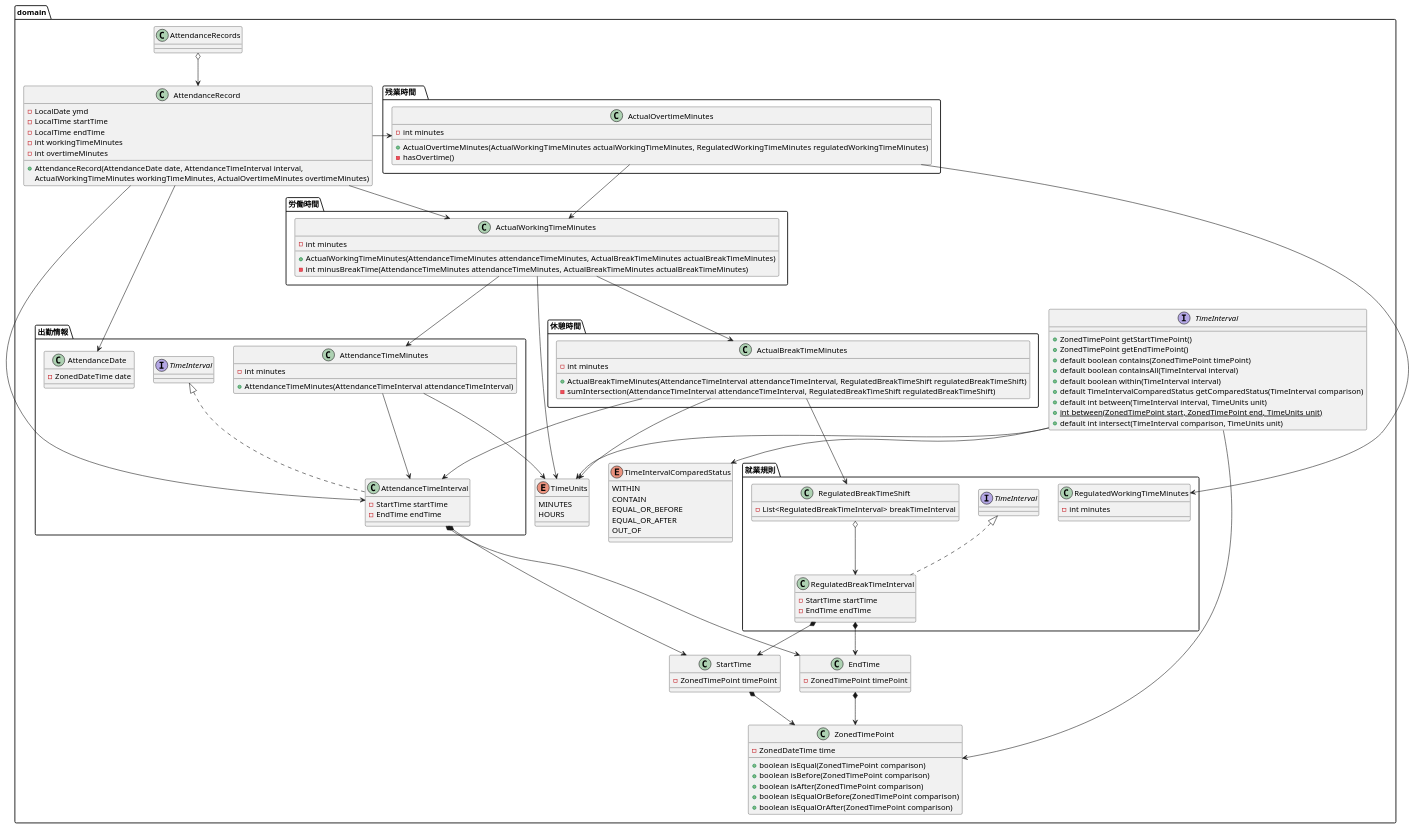
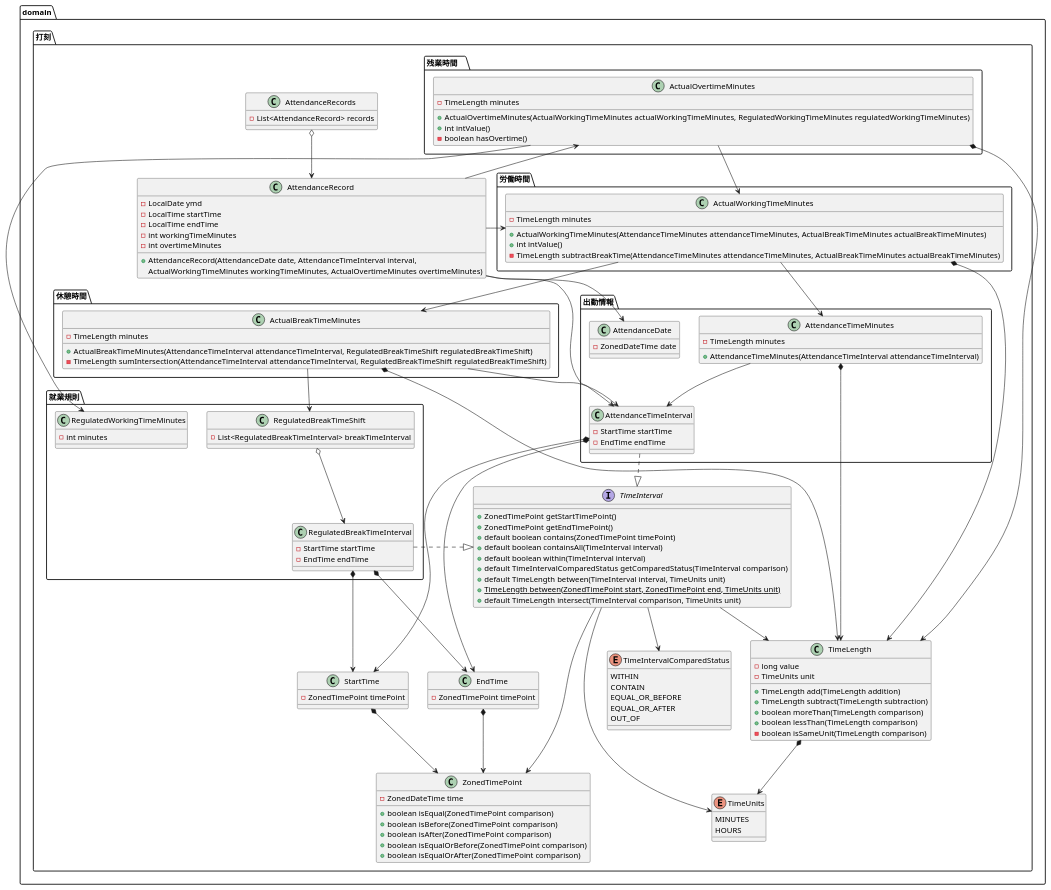
Before and after one commit to biglobe-isp/kintai: the diagram in etc/design/model.puml, drawn with PlantUML.

Commit message:
docs: add package, add class "TimeLength"

```diff
--- a/etc/design/model.puml
+++ b/etc/design/model.puml
@@ -1,136 +1,182 @@
 @startuml
 
 package domain {
-    class ZonedTimePoint {
-        - ZonedDateTime time
-        + boolean isEqual(ZonedTimePoint comparison) 
-        + boolean isBefore(ZonedTimePoint comparison) 
-        + boolean isAfter(ZonedTimePoint comparison) 
-        + boolean isEqualOrBefore(ZonedTimePoint comparison) 
-        + boolean isEqualOrAfter(ZonedTimePoint comparison) 
-    }
-    class StartTime {
-        - ZonedTimePoint timePoint
-    }
-    class EndTime {
-        - ZonedTimePoint timePoint
-    }
-    StartTime *--> ZonedTimePoint
-    EndTime *--> ZonedTimePoint
-    
-    interface TimeInterval {
-        + ZonedTimePoint getStartTimePoint()
-        + ZonedTimePoint getEndTimePoint()
-        + default boolean contains(ZonedTimePoint timePoint)
-        + default boolean containsAll(TimeInterval interval)
-        + default boolean within(TimeInterval interval)
-        + default TimeIntervalComparedStatus getComparedStatus(TimeInterval comparison)
-        + default int between(TimeInterval interval, TimeUnits unit)
-        + {static} int between(ZonedTimePoint start, ZonedTimePoint end, TimeUnits unit)
-        + default int intersect(TimeInterval comparison, TimeUnits unit)
-    }
+    package 打刻 {
+        class AttendanceRecord {
+            - LocalDate ymd
+            - LocalTime startTime
+            - LocalTime endTime
+            - int workingTimeMinutes
+            - int overtimeMinutes
+            + AttendanceRecord(AttendanceDate date, AttendanceTimeInterval interval,
+                                    ActualWorkingTimeMinutes workingTimeMinutes, ActualOvertimeMinutes overtimeMinutes)
+        }
 
-    package 出勤情報 {
-        class AttendanceDate {
-            - ZonedDateTime date
+        class AttendanceRecords {
+            - List<AttendanceRecord> records
         }
-        class AttendanceTimeInterval implements TimeInterval {
-            - StartTime startTime
-            - EndTime endTime
-        } 
-        class AttendanceTimeMinutes {
-            - int minutes
-            + AttendanceTimeMinutes(AttendanceTimeInterval attendanceTimeInterval)
-        } 
+
+        package 出勤情報 {
+            class AttendanceDate {
+                - ZonedDateTime date
+            }
+            class AttendanceTimeInterval {
+                - StartTime startTime
+                - EndTime endTime
+            } 
+            class AttendanceTimeMinutes {
+                - TimeLength minutes
+                + AttendanceTimeMinutes(AttendanceTimeInterval attendanceTimeInterval)
+            }       
+        }
+
+        package 残業時間　{
+            class ActualOvertimeMinutes {
+                - TimeLength minutes
+                + ActualOvertimeMinutes(ActualWorkingTimeMinutes actualWorkingTimeMinutes, RegulatedWorkingTimeMinutes regulatedWorkingTimeMinutes)
+                + int intValue()
+                - boolean hasOvertime()
+
+            }
+        }
+        package 労働時間 {
+            class ActualWorkingTimeMinutes {
+                - TimeLength minutes
+                + ActualWorkingTimeMinutes(AttendanceTimeMinutes attendanceTimeMinutes, ActualBreakTimeMinutes actualBreakTimeMinutes)
+                + int intValue()
+                - TimeLength subtractBreakTime(AttendanceTimeMinutes attendanceTimeMinutes, ActualBreakTimeMinutes actualBreakTimeMinutes)
+            }
+        }
+        package 休憩時間 {
+            class ActualBreakTimeMinutes {
+                - TimeLength minutes
+                + ActualBreakTimeMinutes(AttendanceTimeInterval attendanceTimeInterval, RegulatedBreakTimeShift regulatedBreakTimeShift)
+                - TimeLength sumIntersection(AttendanceTimeInterval attendanceTimeInterval, RegulatedBreakTimeShift regulatedBreakTimeShift)
+            }
+        }
+
+        package 就業規則 {
+            class RegulatedWorkingTimeMinutes {
+                - int minutes
+            }
+            class RegulatedBreakTimeInterval {
+                - StartTime startTime
+                - EndTime endTime
+            }
+            class RegulatedBreakTimeShift {
+                - List<RegulatedBreakTimeInterval> breakTimeInterval
+            }
+        }
+        class ZonedTimePoint {
+            - ZonedDateTime time
+            + boolean isEqual(ZonedTimePoint comparison) 
+            + boolean isBefore(ZonedTimePoint comparison) 
+            + boolean isAfter(ZonedTimePoint comparison) 
+            + boolean isEqualOrBefore(ZonedTimePoint comparison) 
+            + boolean isEqualOrAfter(ZonedTimePoint comparison) 
+        }
+        class StartTime {
+            - ZonedTimePoint timePoint
+        }
+        class EndTime {
+            - ZonedTimePoint timePoint
+        }
+
+        class TimeLength {
+            - long value
+            - TimeUnits unit
+            + TimeLength add(TimeLength addition)
+            + TimeLength subtract(TimeLength subtraction)
+            + boolean moreThan(TimeLength comparison)
+            + boolean lessThan(TimeLength comparison)
+            - boolean isSameUnit(TimeLength comparison)
+        }
+        
+        interface TimeInterval {
+            + ZonedTimePoint getStartTimePoint()
+            + ZonedTimePoint getEndTimePoint()
+            + default boolean contains(ZonedTimePoint timePoint)
+            + default boolean containsAll(TimeInterval interval)
+            + default boolean within(TimeInterval interval)
+            + default TimeIntervalComparedStatus getComparedStatus(TimeInterval comparison)
+            + default TimeLength between(TimeInterval interval, TimeUnits unit)
+            + {static} TimeLength between(ZonedTimePoint start, ZonedTimePoint end, TimeUnits unit)
+            + default TimeLength intersect(TimeInterval comparison, TimeUnits unit)
+        }
+        
+        enum TimeUnits {
+            MINUTES
+            HOURS
+        }
+        enum TimeIntervalComparedStatus {
+            WITHIN
+            CONTAIN
+            EQUAL_OR_BEFORE
+            EQUAL_OR_AFTER
+            OUT_OF
+        }
+
+        AttendanceRecords o--> AttendanceRecord
+        AttendanceRecord -down-> AttendanceDate
+        AttendanceRecord -down-> AttendanceTimeInterval
+        AttendanceRecord -left-> ActualOvertimeMinutes
+        AttendanceRecord -left-> ActualWorkingTimeMinutes
+
+        ActualOvertimeMinutes *--> TimeLength
+        ActualOvertimeMinutes -down-> ActualWorkingTimeMinutes
+        ActualOvertimeMinutes --> RegulatedWorkingTimeMinutes
+
+        ActualWorkingTimeMinutes *--> TimeLength
+        ActualWorkingTimeMinutes -left-> AttendanceTimeMinutes
+        ActualWorkingTimeMinutes -down-> ActualBreakTimeMinutes
+
+        ActualBreakTimeMinutes *--> TimeLength
+        ActualBreakTimeMinutes --> AttendanceTimeInterval
+        ActualBreakTimeMinutes --> RegulatedBreakTimeShift
+
+        AttendanceTimeMinutes *--> TimeLength
+        AttendanceTimeMinutes --> AttendanceTimeInterval
         AttendanceTimeInterval *--> StartTime
-        AttendanceTimeInterval *--> EndTime       
-    }
+        AttendanceTimeInterval *--> EndTime
+        AttendanceTimeInterval .|> TimeInterval
 
-    package 休憩時間 {
-        class ActualBreakTimeMinutes {
-            - int minutes
-            + ActualBreakTimeMinutes(AttendanceTimeInterval attendanceTimeInterval, RegulatedBreakTimeShift regulatedBreakTimeShift)
-            - sumIntersection(AttendanceTimeInterval attendanceTimeInterval, RegulatedBreakTimeShift regulatedBreakTimeShift)
-        }
-    }
-    package 残業時間　{
-        class ActualOvertimeMinutes {
-            - int minutes
-            + ActualOvertimeMinutes(ActualWorkingTimeMinutes actualWorkingTimeMinutes, RegulatedWorkingTimeMinutes regulatedWorkingTimeMinutes)
-            - hasOvertime()
-        }
-    }
-    package 労働時間 {
-        class ActualWorkingTimeMinutes {
-            - int minutes
-            + ActualWorkingTimeMinutes(AttendanceTimeMinutes attendanceTimeMinutes, ActualBreakTimeMinutes actualBreakTimeMinutes)
-            - int minusBreakTime(AttendanceTimeMinutes attendanceTimeMinutes, ActualBreakTimeMinutes actualBreakTimeMinutes)
-        }
-    }
-
-    package 就業規則 {
-        class RegulatedWorkingTimeMinutes {
-            - int minutes
-        }
-        class RegulatedBreakTimeInterval implements TimeInterval {
-            - StartTime startTime
-            - EndTime endTime
-        }
-        class RegulatedBreakTimeShift {
-            - List<RegulatedBreakTimeInterval> breakTimeInterval
-        }
+        RegulatedBreakTimeInterval .|> TimeInterval
         RegulatedBreakTimeInterval *--> StartTime
         RegulatedBreakTimeInterval *--> EndTime
         RegulatedBreakTimeShift o--> RegulatedBreakTimeInterval
+
+        StartTime *--> ZonedTimePoint
+        EndTime *--> ZonedTimePoint
+
+        TimeLength *--> TimeUnits
+
+        TimeInterval --> ZonedTimePoint
+        TimeInterval --> TimeIntervalComparedStatus
+        TimeInterval --> TimeLength
+        TimeInterval --> TimeUnits
     }
 
-    enum TimeUnits {
-        MINUTES
-        HOURS
-    }
-    enum TimeIntervalComparedStatus {
-        WITHIN
-        CONTAIN
-        EQUAL_OR_BEFORE
-        EQUAL_OR_AFTER
-        OUT_OF
-    }
+    ' package 月次集計 {
+    '     class AttendanceAggregationMonthly {
+    '         - int totalWorkingTimeMinutes
+    '         - int totalOvertimeMinutes
+    '     }
+    '     class AggregationMonth {
+    '         - YearMonth yearMonth
+    '     }
+    ' }
+}
 
-    class AttendanceRecord {
-        - LocalDate ymd
-        - LocalTime startTime
-        - LocalTime endTime
-        - int workingTimeMinutes
-        - int overtimeMinutes
-        + AttendanceRecord(AttendanceDate date, AttendanceTimeInterval interval,
-                                ActualWorkingTimeMinutes workingTimeMinutes, ActualOvertimeMinutes overtimeMinutes)
-    }
-
-    TimeInterval --> ZonedTimePoint
-    TimeInterval --> TimeIntervalComparedStatus
-    TimeInterval --> TimeUnits
-
-    AttendanceTimeMinutes --> AttendanceTimeInterval
-    AttendanceTimeMinutes --> TimeUnits
-
-    ActualBreakTimeMinutes --> AttendanceTimeInterval
-    ActualBreakTimeMinutes --> RegulatedBreakTimeShift
-    ActualBreakTimeMinutes --> TimeUnits
-
-    ActualWorkingTimeMinutes --> AttendanceTimeMinutes
-    ActualWorkingTimeMinutes --> ActualBreakTimeMinutes
-    ActualWorkingTimeMinutes --> TimeUnits
-
-    ActualOvertimeMinutes --> ActualWorkingTimeMinutes
-    ActualOvertimeMinutes --> RegulatedWorkingTimeMinutes
-
-    AttendanceRecord -right-> AttendanceDate
-    AttendanceRecord -right-> AttendanceTimeInterval
-    AttendanceRecord -right-> ActualWorkingTimeMinutes
-    AttendanceRecord -right-> ActualOvertimeMinutes
-    AttendanceRecords o--> AttendanceRecord
-
-}
+' package controller {
+'     class AttendanceController {
+'         - AttendanceRecordingService attendanceRecordService
+'         - AttendanceAggregationService attendanceAggregationService
+'         + void record(String[] inputParams)
+'         + void aggregateMonthly(String[] inputParams)
+'     }
+'     AttendanceController *--> AttendanceRecordingService
+'     AttendanceController *--> AttendanceAggregationService
+' }
 
 ' package service {
 '     class AttendanceRecordingService {
@@ -140,49 +186,50 @@
 '     }
 '     class AttendanceAggregationService {
 '         - AttendanceRepository attendanceRepository
-'         + AttendanceAggregation aggregateMonthly(AggregationMonth aggregationMonth)
+'         + AttendanceAggregationMonthly aggregateMonthly(AggregationMonth aggregationMonth)
 '     }
 '     interface AttendanceRepository {
-'         + register(AttendanceRecord attendanceRecord)
-'         + fetchMonthly(AggregationMonth aggregationMonth)
+'         + void register(AttendanceRecord attendanceRecord)
+'         + AttendanceAggregationMonthly fetchMonthly(AggregationMonth aggregationMonth)
 '     }
 '     interface RegulationRepository {
 '         + fetchBreakTimeIntervalShift(AttendanceDate attendanceDate)
 '         + RegulatedWorkingTimeMinutes fetchRegulatedWorkingTimeMinutes(AttendanceDate attendanceDate)
 '     }
 '     AttendanceRecordingService   *--> AttendanceRepository
+'     AttendanceRecordingService   *--> RegulationRepository
 '     AttendanceAggregationService *--> AttendanceRepository
 ' }
 
 ' package datasource {
-'     class AttendanceRepositoryCsv implements AttendanceRepository {
+'     class AttendanceRepositoryCsv {
 '         + void register(AttendanceRecord attendanceRecord)
-'         + AttendanceRecords fetchMonthly(AggregationMonth aggregationMonth)
+'         + AttendanceAggregationMonthly fetchMonthly(AggregationMonth aggregationMonth)
 '     }
-'     class AttendanceRepositoryCsv implements RegulationRepository {
+'     class RegulationRepositoryCsv {
 '         + BreakTimeIntervalShift fetchBreakTimeList(AttendanceDate attendanceDate)
 '         + RegulatedWorkingTimeMinutes fetchRegulatedWorkingTimeMinutes(AttendanceDate attendanceDate)
 '     }
-'     ' class AttendanceCsvDao {
-'         ' - CsvDao<AttendanceRecordEntity> csvDao 
-'         ' + void register(AttendanceRecord attendanceRecord)
-'         ' + AttendanceRecordEntities fetchAll(AttendanceDate attendanceDate)
-'         ' + AttendaceRecordEntities fetchMonthly(AggregationMonth aggregationMonth)
-'     ' }
-'     ' class RegulatedBreakTimeCsvDao {
-'         ' - CsvDao<RegulatedBreakTimeEntity> csvDao 
-'         ' + RegulatedBreakTimeEntities fetchAll(AttendanceDate attendanceDate)
-'     ' }
-'     ' class RegulatedWorkingTimeMinutesCsvDao {
-'         ' - CsvDao<RegulatedWorkingTimeMinutesEntity)
-'         ' + void write(Writer writer, T bean)
-'         ' + RegulatedWorkingTimeMinutesEntity fetch(AttendanceDate attendanceDate)
-'     ' }
-'     ' class CsvDao<T> {
-'         ' + void writeAll(Writer writer, List<T> beans)
-'         ' + void write(Writer writer, T bean)
-'         ' + List<T> read(Reader reader, Class<? extends T> type)
-'     ' }
+'     class AttendanceCsvDao {
+'         - CsvDao<AttendanceRecordEntity> csvDao 
+'         + void register(AttendanceRecord attendanceRecord)
+'         + AttendanceRecordEntities fetchAll(AttendanceDate attendanceDate)
+'         + AttendaceRecordEntities fetchMonthly(AggregationMonth aggregationMonth)
+'     }
+'     class RegulatedBreakTimeCsvDao {
+'         - CsvDao<RegulatedBreakTimeEntity> csvDao 
+'         + RegulatedBreakTimeEntities fetchAll(AttendanceDate attendanceDate)
+'     }
+'     class RegulatedWorkingTimeMinutesCsvDao {
+'         - CsvDao<RegulatedWorkingTimeMinutesEntity> csvDao
+'         + void write(Writer writer, T bean)
+'         + RegulatedWorkingTimeMinutesEntity fetch(AttendanceDate attendanceDate)
+'     }
+'     class CsvDao<T> {
+'         + void writeAll(Writer writer, List<T> beans)
+'         + void write(Writer writer, T bean)
+'         + List<T> read(Reader reader, Class<? extends T> type)
+'     }
 '     class AttendanceRecordEntities {
 '         - List<AttendanceRecordEntity> records
 '         + void upsert(AttendanceRecord record)   
@@ -212,17 +259,24 @@
 '         - LocalDate validEndDate
 '         - int regulatedWorkingTimeMinutes
 '     }
-' }
+'     AttendanceRepositoryCsv .up.|> AttendanceRepository
+'     AttendanceRepositoryCsv --> AttendanceCsvDao
+'     AttendanceRecordEntities o--> AttendanceRecordEntity
+'     AttendanceCsvDao --> AttendanceRecordEntities
+'     AttendanceCsvDao --> AttendanceRecordEntity
+'     AttendanceCsvDao *--> CsvDao
 
-' package controller {
-'     class AttendanceController {
-'         - AttendanceRecordingService attendanceRecordService
-'         - AttendanceAggregationService attendanceAggregationService
-'         + void record()
-'         + void aggregate()
-'     }
-'     AttendanceController *--> AttendanceRecordingService
-'     AttendanceController *--> AttendanceAggregationService
+'     RegulationRepositoryCsv .up.|> RegulationRepository
+'     RegulationRepositoryCsv --> RegulatedBreakTimeCsvDao
+'     RegulationRepositoryCsv --> RegulatedWorkingTimeMinutesCsvDao
+
+'     RegulatedBreakTimeCsvDao --> RegulatedBreakTimeEntities
+'     RegulatedBreakTimeCsvDao --> RegulatedBreakTimeEntity
+'     RegulatedBreakTimeCsvDao *--> CsvDao
+'     RegulatedBreakTimeEntities o--> RegulatedBreakTimeEntity
+
+'     RegulatedWorkingTimeMinutesCsvDao --> RegulatedWorkingTimeMinutesEntity
+'     RegulatedWorkingTimeMinutesCsvDao *--> CsvDao
 ' }
 
 @enduml
```
